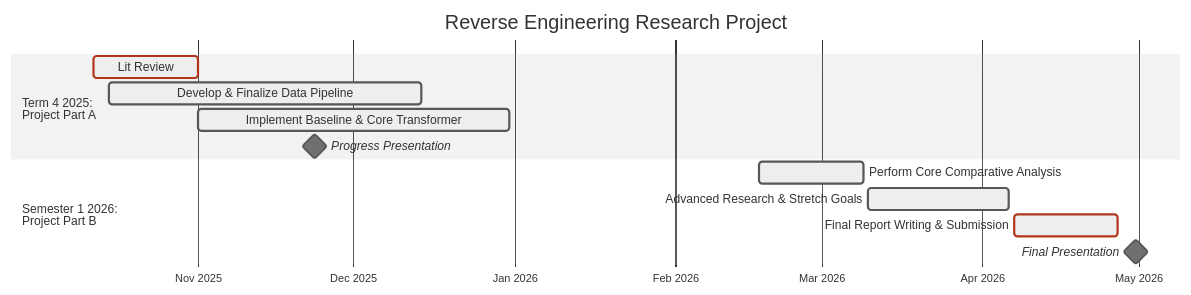
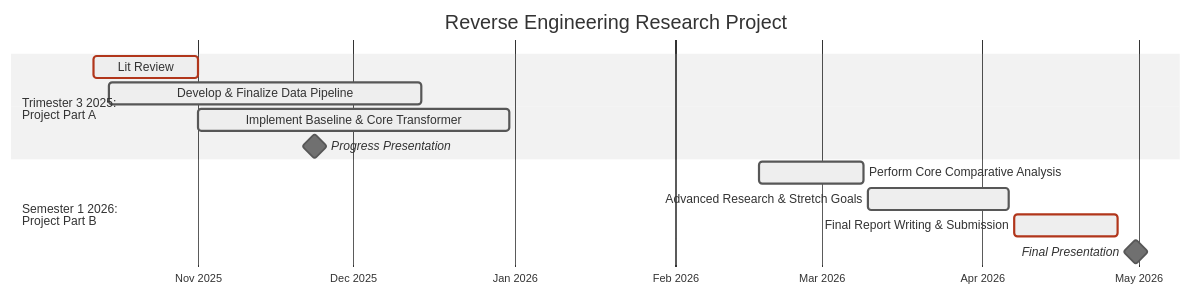
Before and after one commit to CraigAA/CAN_Reverse_Engineering_Project: the diagram in README.md, drawn with Mermaid (neutral theme).

````diff
--- a/README.md
+++ b/README.md
@@ -18,21 +18,21 @@
 ```mermaid
 gantt
     title Reverse Engineering Research Project
     dateFormat  YYYY-MM-DD
     axisFormat  %b %Y
     tickInterval 1month
 
-    section Term 4 2025: <br>Project Part A
+    section Trimester 3 2025: <br>Project Part A
     Lit Review :crit, active, planning, 2025-10-12, 2025-11-01
     Develop & Finalize Data Pipeline :active, 2025-10-15, 2025-12-14
     Implement Baseline & Core Transformer :active, 2025-11-01, 2025-12-31
     Progress Presentation          :milestone, pp, 2025-11-23, 1d
     
     %% ---Project Break from Late Jan to Mid-Feb ---
     
     section Semester 1 2026: <br>Project Part B
     Perform Core Comparative Analysis :active, cca, 2026-02-17, 2026-03-09
     Advanced Research & Stretch Goals  :active, stretch, 2026-03-10, 2026-04-06
     Final Report Writing & Submission  :crit, active, report, 2026-04-07, 2026-04-27
     Final Presentation                 :milestone, fpp, 2026-04-30, 1d
 ```
````
